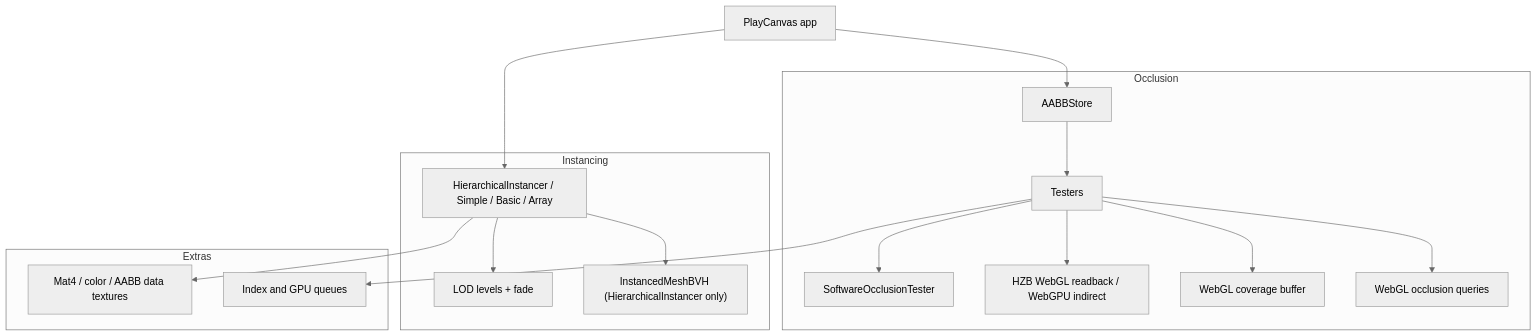
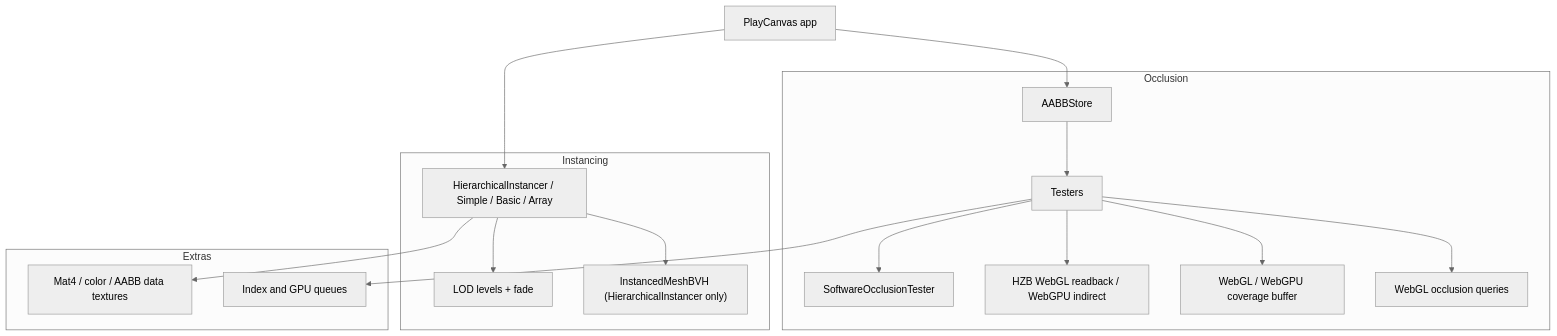
The first of 2 diagrams in docs/architecture.md (AlexAPPi/playcanvas-opti-pixel), drawn with Mermaid (neutral theme) before and after one commit. The commit also changed other lines of this file and 19 other files, not shown here.

Commit message:
Update CoverageBufferTester

````diff
--- a/docs/architecture.md
+++ b/docs/architecture.md
@@ -5,32 +5,32 @@
 ```mermaid
 flowchart TB
     app["PlayCanvas app"]
 
     subgraph instancing [Instancing]
         instancer["HierarchicalInstancer / Simple / Basic / Array"]
         lod["LOD levels + fade"]
         bvhInst["InstancedMeshBVH (HierarchicalInstancer only)"]
         instancer --> lod
         instancer --> bvhInst
     end
 
     subgraph occlusion [Occlusion]
         store["AABBStore"]
         testers["Testers"]
         store --> testers
         testers --> sw["SoftwareOcclusionTester"]
         testers --> hzb["HZB WebGL readback / WebGPU indirect"]
-        testers --> coverage["WebGL coverage buffer"]
+        testers --> coverage["WebGL / WebGPU coverage buffer"]
         testers --> queries["WebGL occlusion queries"]
     end
 
     subgraph extras [Extras]
         tex["Mat4 / color / AABB data textures"]
         queues["Index and GPU queues"]
     end
 
     app --> instancer
     app --> store
     instancer --> tex
     testers --> queues
 ```
````
